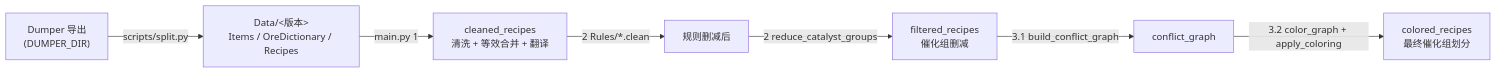
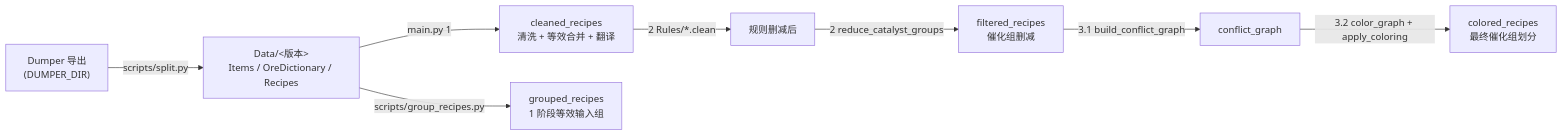
Before and after one commit to GTNH-Huijiwiki/GTNH-Recipe-Check: the diagram in README.md, drawn with Mermaid. The commit also changed other lines of this file and 3 other files, not shown here.

````diff
--- a/README.md
+++ b/README.md
@@ -159,9 +184,10 @@
 ```mermaid
 flowchart LR
     A["Dumper 导出<br/>(DUMPER_DIR)"] -->|scripts/split.py| B["Data/&lt;版本&gt;<br/>Items / OreDictionary / Recipes"]
     B -->|main.py 1| C["cleaned_recipes<br/>清洗 + 等效合并 + 翻译"]
+    B -->|scripts/group_recipes.py| H["grouped_recipes<br/>1 阶段等效输入组"]
     C -->|2 Rules/*.clean| D["规则删减后"]
     D -->|2 reduce_catalyst_groups| E["filtered_recipes<br/>催化组删减"]
     E -->|3.1 build_conflict_graph| F["conflict_graph"]
     F -->|3.2 color_graph + apply_coloring| G["colored_recipes<br/>最终催化组划分"]
 ```
````
